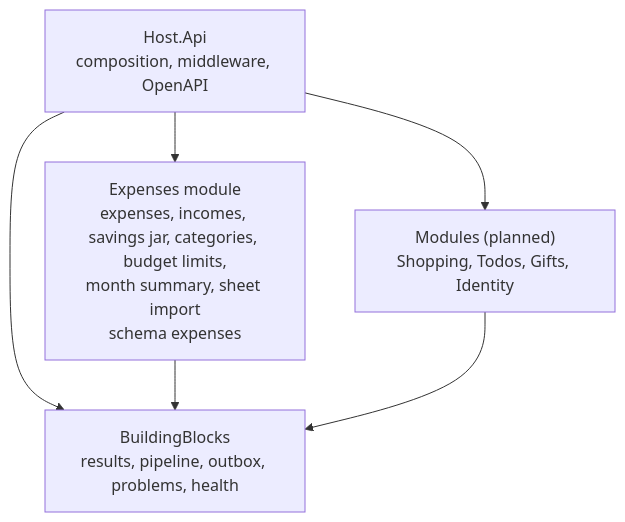
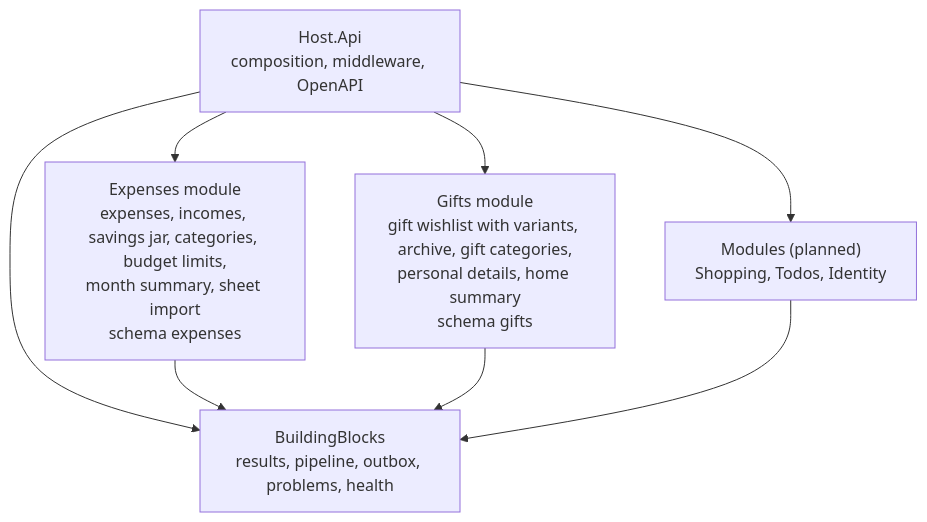
The third of 3 diagrams in api/docs/architecture/c4.md (Weretik/home-app), drawn with Mermaid before and after one commit. The commit also changed other lines of this file and 252 other files, not shown here.

First line of the commit message:
Add the Gifts module and the Подарки section with a home summary

````diff
--- a/api/docs/architecture/c4.md
+++ b/api/docs/architecture/c4.md
@@ -42,13 +45,16 @@
 ```mermaid
 flowchart TB
     host["Host.Api<br/>composition, middleware, OpenAPI"]
     blocks["BuildingBlocks<br/>results, pipeline, outbox, problems, health"]
     expenses["Expenses module<br/>expenses, incomes, savings jar, categories, budget limits,<br/>month summary, sheet import<br/>schema expenses"]
-    planned["Modules (planned)<br/>Shopping, Todos, Gifts, Identity"]
+    gifts["Gifts module<br/>gift wishlist with variants, archive, gift categories,<br/>personal details, home summary<br/>schema gifts"]
+    planned["Modules (planned)<br/>Shopping, Todos, Identity"]
 
     host --> blocks
     host --> expenses
+    host --> gifts
     host --> planned
     expenses --> blocks
+    gifts --> blocks
     planned --> blocks
 ```
````
